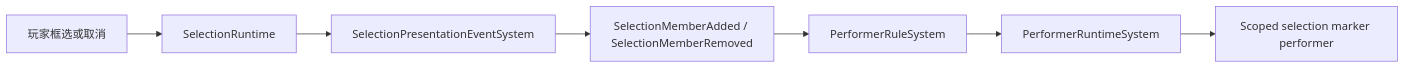
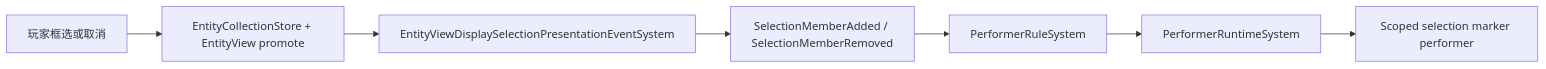
The second of 2 diagrams in gitbook/reference/mass-navigation-formal-chain.md (MightyBubble/Ludots), drawn with Mermaid before and after one commit. The commit also changed 18 other files, not shown here.

````diff
--- a/gitbook/reference/mass-navigation-formal-chain.md
+++ b/gitbook/reference/mass-navigation-formal-chain.md
@@ -81,9 +81,9 @@
 ```mermaid
 flowchart LR
-    Player["玩家框选或取消"] --> Selection["SelectionRuntime"]
-    Selection --> Projection["SelectionPresentationEventSystem"]
-    Projection --> Event["SelectionMemberAdded / SelectionMemberRemoved"]
+    Player["玩家框选或取消"] --> ACQ["EntityCollectionStore + EntityView promote"]
+    ACQ --> Bridge["EntityViewDisplaySelectionPresentationEventSystem"]
+    Bridge --> Event["SelectionMemberAdded / SelectionMemberRemoved"]
     Event --> Rules["PerformerRuleSystem"]
     Rules --> Runtime["PerformerRuntimeSystem"]
     Runtime --> Marker["Scoped selection marker performer"]
 ```
````
